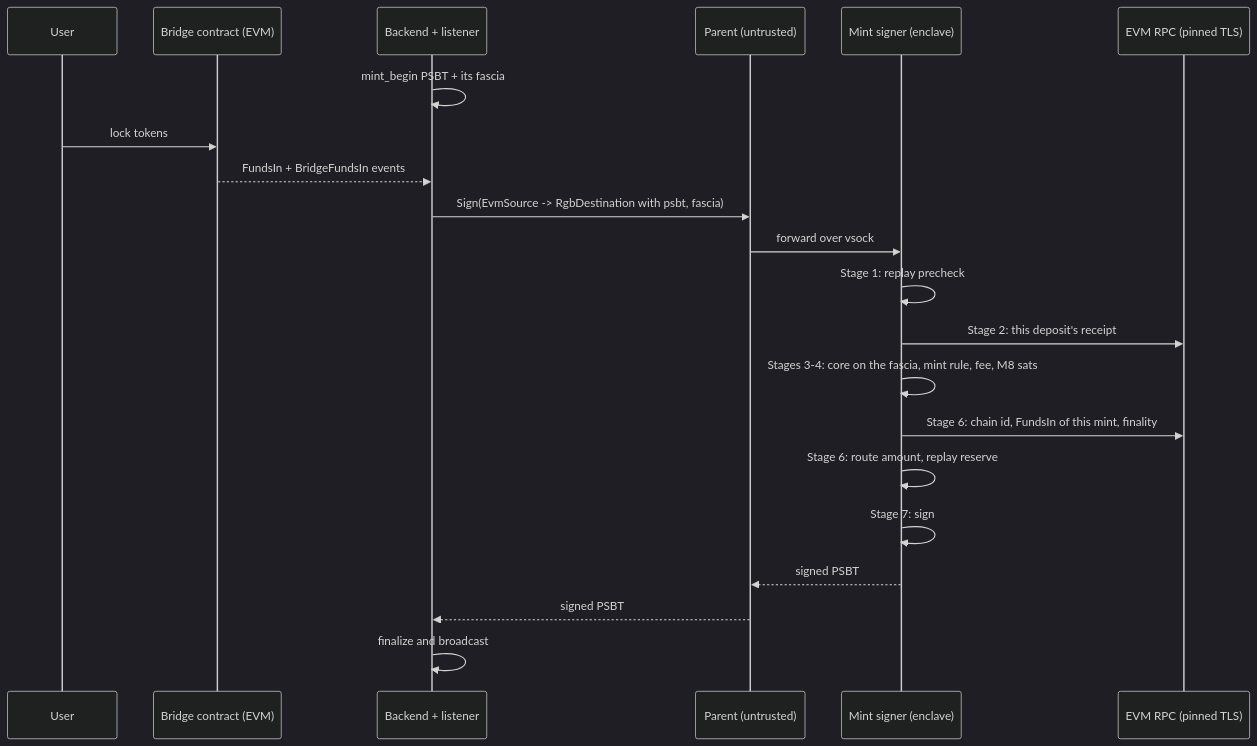
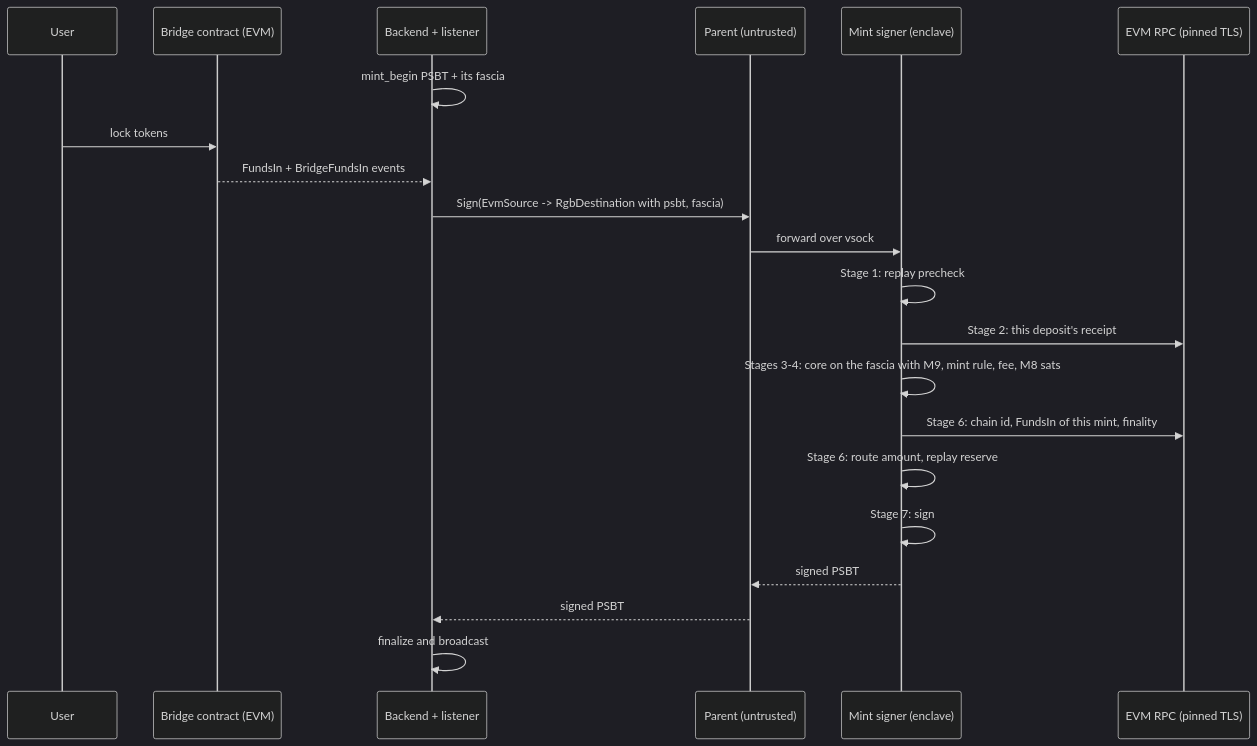
One commit to UTEXO-Protocol/enclave-signer changed the diagram in docs/mint-flow.md. Above: the diagram before and after it, drawn with Mermaid (dark theme). The commit also changed other lines of this file and 160 other files, not shown here.

````diff
--- a/docs/mint-flow.md
+++ b/docs/mint-flow.md
@@ -92,24 +92,24 @@
 ```mermaid
 sequenceDiagram
     participant U as User
     participant C as Bridge contract (EVM)
     participant L as Backend + listener
     participant P as Parent (untrusted)
     participant E as Mint signer (enclave)
     participant R as EVM RPC (pinned TLS)
 
     L->>L: mint_begin PSBT + its fascia
     U->>C: lock tokens
     C-->>L: FundsIn + BridgeFundsIn events
     L->>P: Sign(EvmSource -> RgbDestination with psbt, fascia)
     P->>E: forward over vsock
     E->>E: Stage 1: replay precheck
     E->>R: Stage 2: this deposit's receipt
-    E->>E: Stages 3-4: core on the fascia, mint rule, fee, M8 sats
+    E->>E: Stages 3-4: core on the fascia with M9, mint rule, fee, M8 sats
     E->>R: Stage 6: chain id, FundsIn of this mint, finality
     E->>E: Stage 6: route amount, replay reserve
     E->>E: Stage 7: sign
     E-->>P: signed PSBT
     P-->>L: signed PSBT
     L->>L: finalize and broadcast
 ```
````
